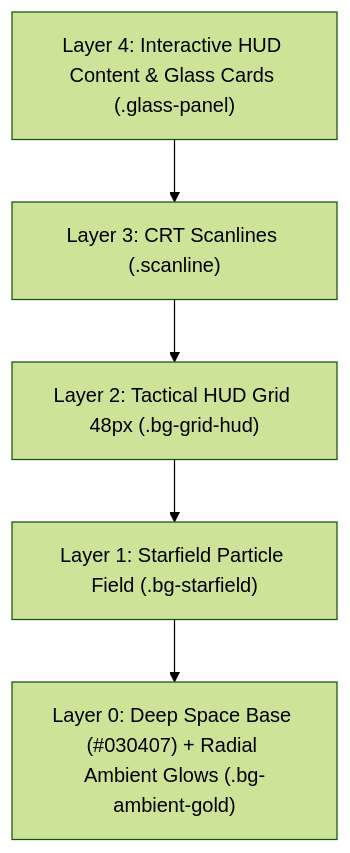
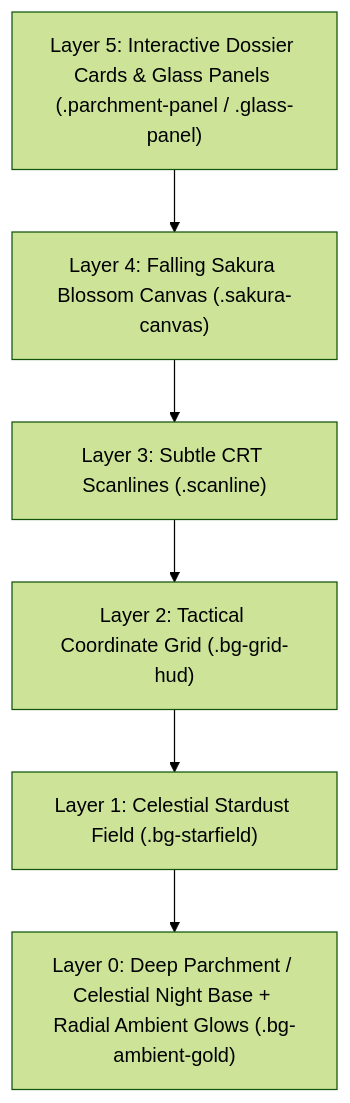
One commit to Reinvy/aether-hud changed the diagram in DESIGNS.md. Above: the diagram before and after it, drawn with Mermaid (forest theme). The commit also changed other lines of this file and 21 other files, not shown here.

First line of the commit message:
feat(ui): overhaul design system to Teyvat Codex & Celestial Night theme

````diff
--- a/DESIGNS.md
+++ b/DESIGNS.md
@@ -196,7 +187,8 @@
 ```mermaid
 graph TD
-    A["Layer 4: Interactive HUD Content & Glass Cards (.glass-panel)"] --> B["Layer 3: CRT Scanlines (.scanline)"]
-    B --> C["Layer 2: Tactical HUD Grid 48px (.bg-grid-hud)"]
-    C --> D["Layer 1: Starfield Particle Field (.bg-starfield)"]
-    D --> E["Layer 0: Deep Space Base (#030407) + Radial Ambient Glows (.bg-ambient-gold)"]
+    A["Layer 5: Interactive Dossier Cards & Glass Panels (.parchment-panel / .glass-panel)"] --> B["Layer 4: Falling Sakura Blossom Canvas (.sakura-canvas)"]
+    B --> C["Layer 3: Subtle CRT Scanlines (.scanline)"]
+    C --> D["Layer 2: Tactical Coordinate Grid (.bg-grid-hud)"]
+    D --> E["Layer 1: Celestial Stardust Field (.bg-starfield)"]
+    E --> F["Layer 0: Deep Parchment / Celestial Night Base + Radial Ambient Glows (.bg-ambient-gold)"]
 ```
````
